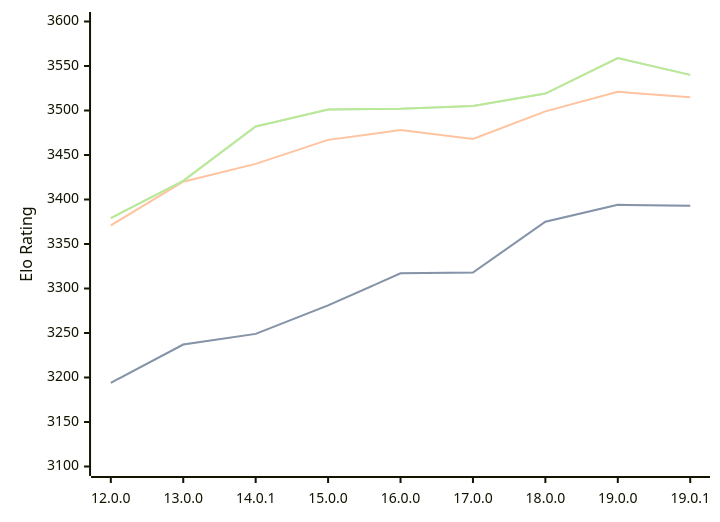
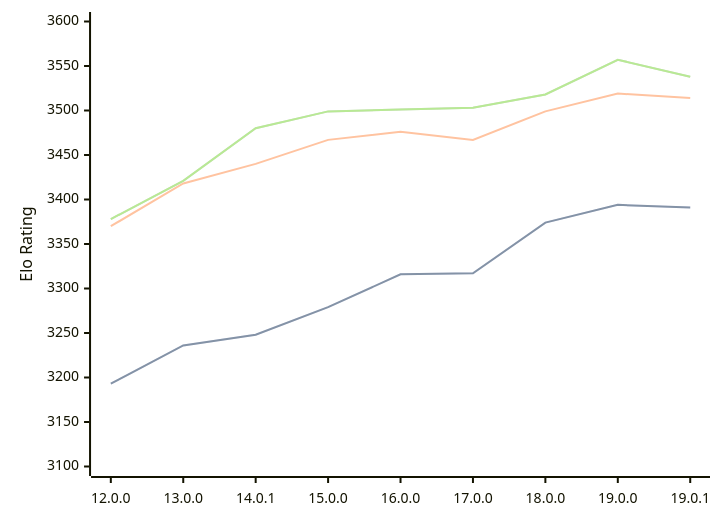
Before and after one commit to computer-chess-index/cci: the diagram in engines/Viridithas.md, drawn with Mermaid. The commit also changed other lines of this file, not shown here.

Commit message:
Update CCI Ratings (ELO VLTC) - 2026-06-07

````diff
--- a/engines/Viridithas.md
+++ b/engines/Viridithas.md
@@ -63,11 +63,11 @@
 ```mermaid
 %%{init: {"theme":"base","themeVariables":{"seriesColors:['#a3a3a3','#222221','#faa371']}}}%%
 xychart-beta
   x-axis ["12.0.0", "13.0.0", "14.0.1", "15.0.0", "16.0.0", "17.0.0", "18.0.0", "19.0.0", "19.0.1"]
   y-axis "Elo Rating" 3100 --> 3600
-  line "STC (8.0+0.08s)" [3194, 3237, 3249, 3281, 3317, 3318, 3375, 3394, 3393]
-  line "STC (8.0+0.08s)" [3194, 3237, 3249, 3281, 3317, 3318, 3375, 3394, 3393]
-  line "LTC (60.0+0.60s)" [3371, 3420, 3440, 3467, 3478, 3468, 3499, 3521, 3515]
-  line "VLTC (2m24s+1.12s)" [3379, 3421, 3482, 3501, 3502, 3505, 3519, 3559, 3540]
-  line "VLTC (2m24s+1.12s)" [3379, 3421, 3482, 3501, 3502, 3505, 3519, 3559, 3540]
+  line "STC (8.0+0.08s)" [3193, 3236, 3248, 3279, 3316, 3317, 3374, 3394, 3391]
+  line "STC (8.0+0.08s)" [3193, 3236, 3248, 3279, 3316, 3317, 3374, 3394, 3391]
+  line "LTC (60.0+0.60s)" [3370, 3418, 3440, 3467, 3476, 3467, 3499, 3519, 3514]
+  line "VLTC (2m24s+1.12s)" [3378, 3421, 3480, 3499, 3501, 3503, 3518, 3557, 3538]
+  line "VLTC (2m24s+1.12s)" [3378, 3421, 3480, 3499, 3501, 3503, 3518, 3557, 3538]
 ```
````
